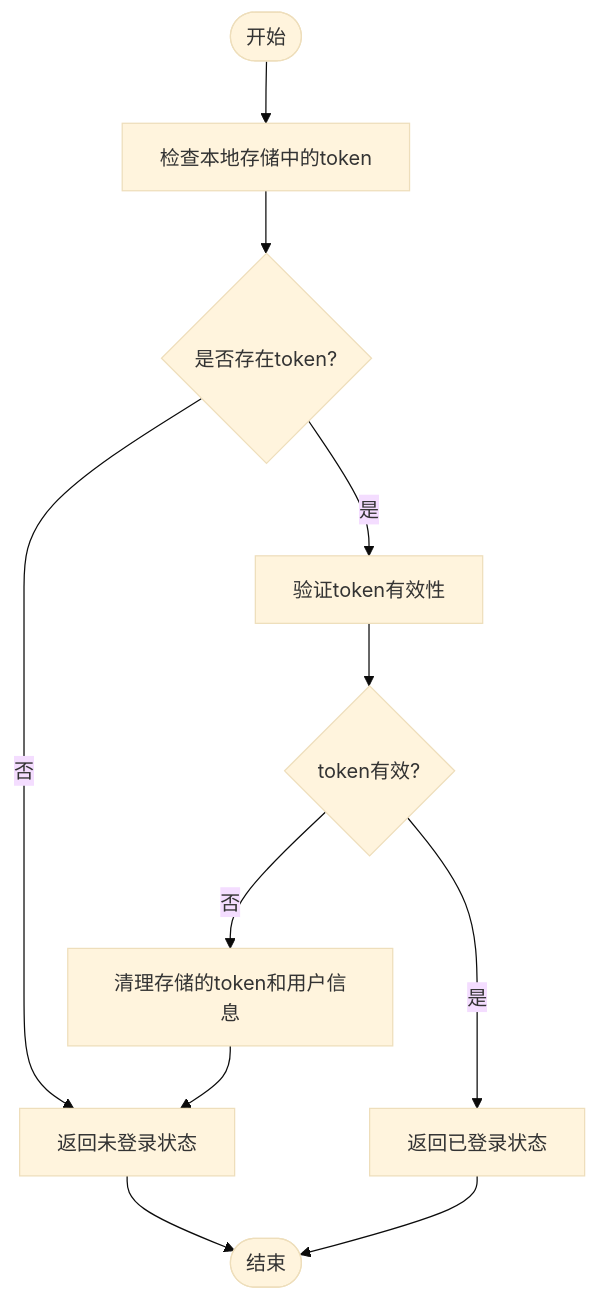
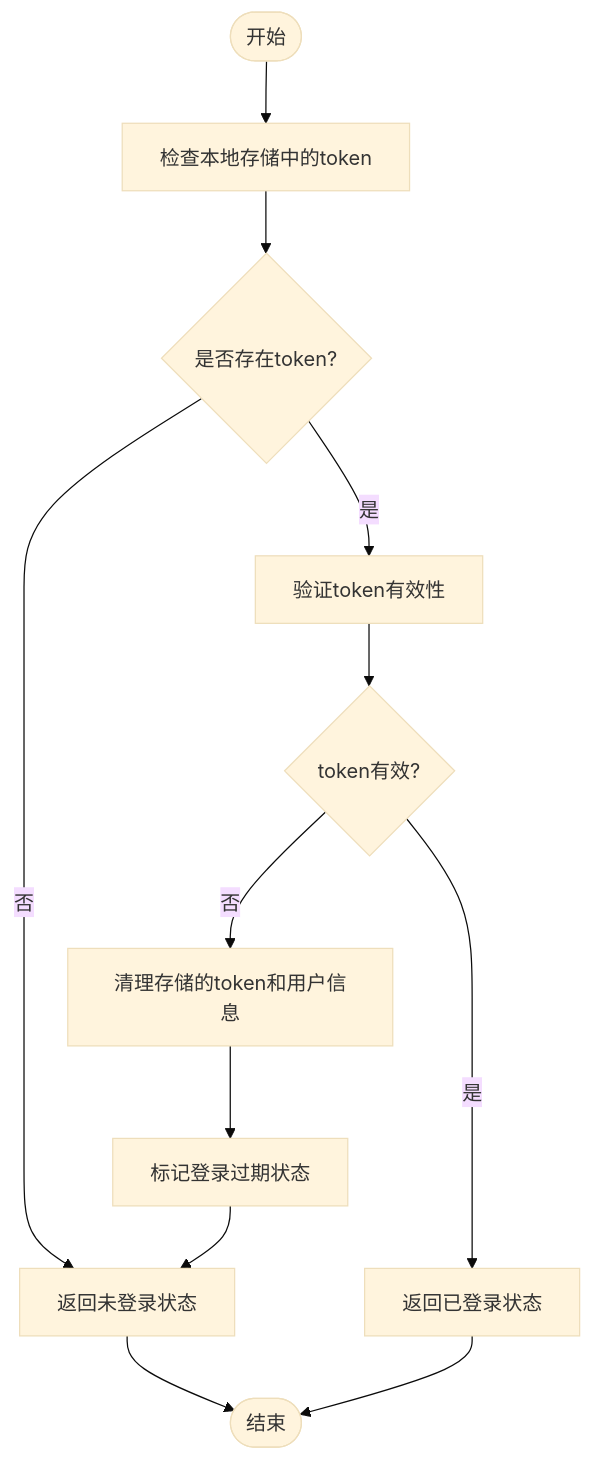
One commit to crazyma99/blueberry changed the fourth of 15 diagrams in .qoder/repowiki/zh/content/工具模块详解/认证管理系统.md. Above: the diagram before and after it, drawn with Mermaid (base theme). The commit also changed other lines of this file and 13 other files, not shown here.

````diff
--- a/.qoder/repowiki/zh/content/工具模块详解/认证管理系统.md
+++ b/.qoder/repowiki/zh/content/工具模块详解/认证管理系统.md
@@ -217,13 +237,14 @@
 ```mermaid
 flowchart TD
 Start([开始]) --> CheckToken["检查本地存储中的token"]
 CheckToken --> HasToken{"是否存在token?"}
 HasToken --> |是| ValidateToken["验证token有效性"]
 HasToken --> |否| NoLogin["返回未登录状态"]
 ValidateToken --> TokenValid{"token有效?"}
 TokenValid --> |是| ReturnLoggedIn["返回已登录状态"]
 TokenValid --> |否| ClearStorage["清理存储的token和用户信息"]
-ClearStorage --> NoLogin
+ClearStorage --> MarkExpired["标记登录过期状态"]
+MarkExpired --> NoLogin
 NoLogin --> End([结束])
 ReturnLoggedIn --> End
 ```
````
